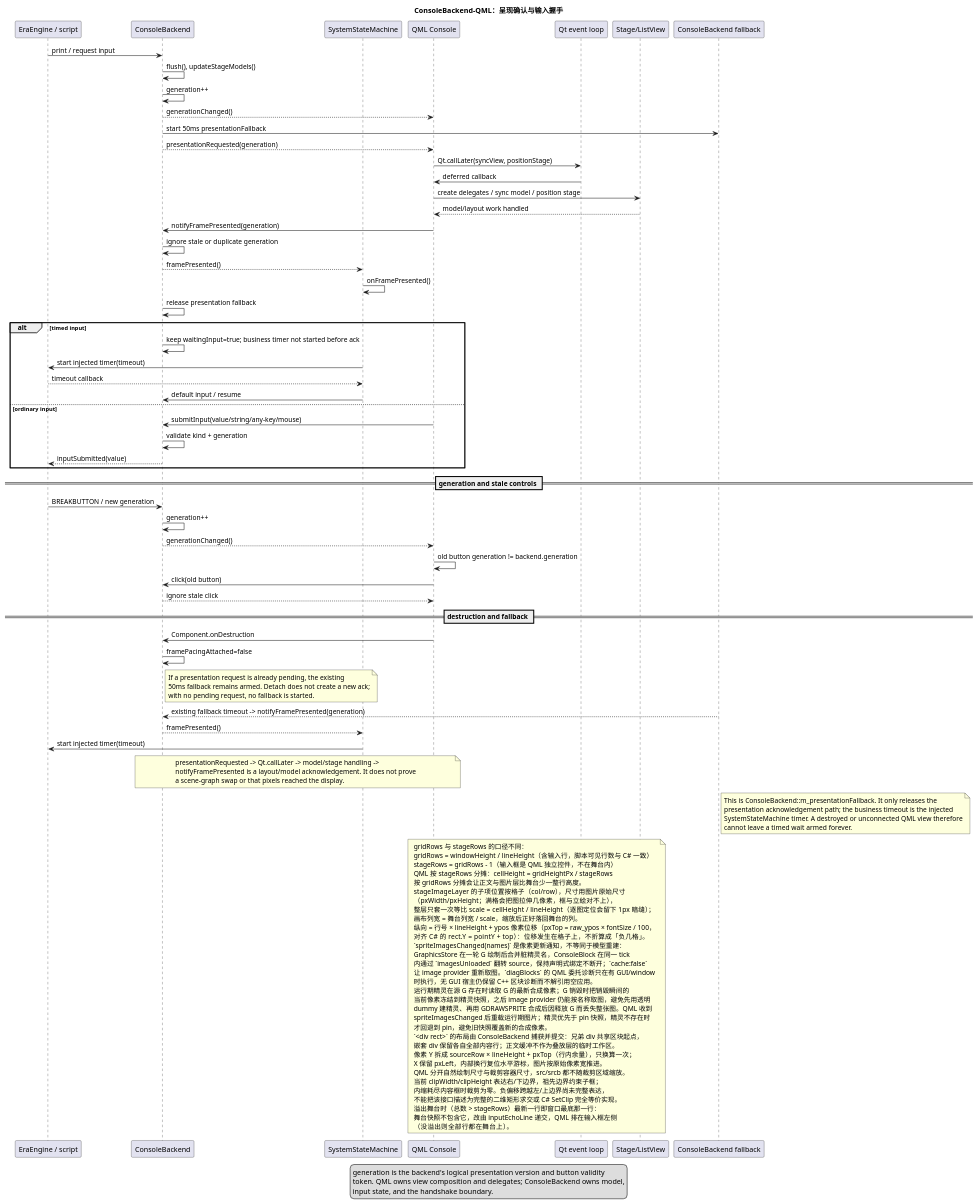
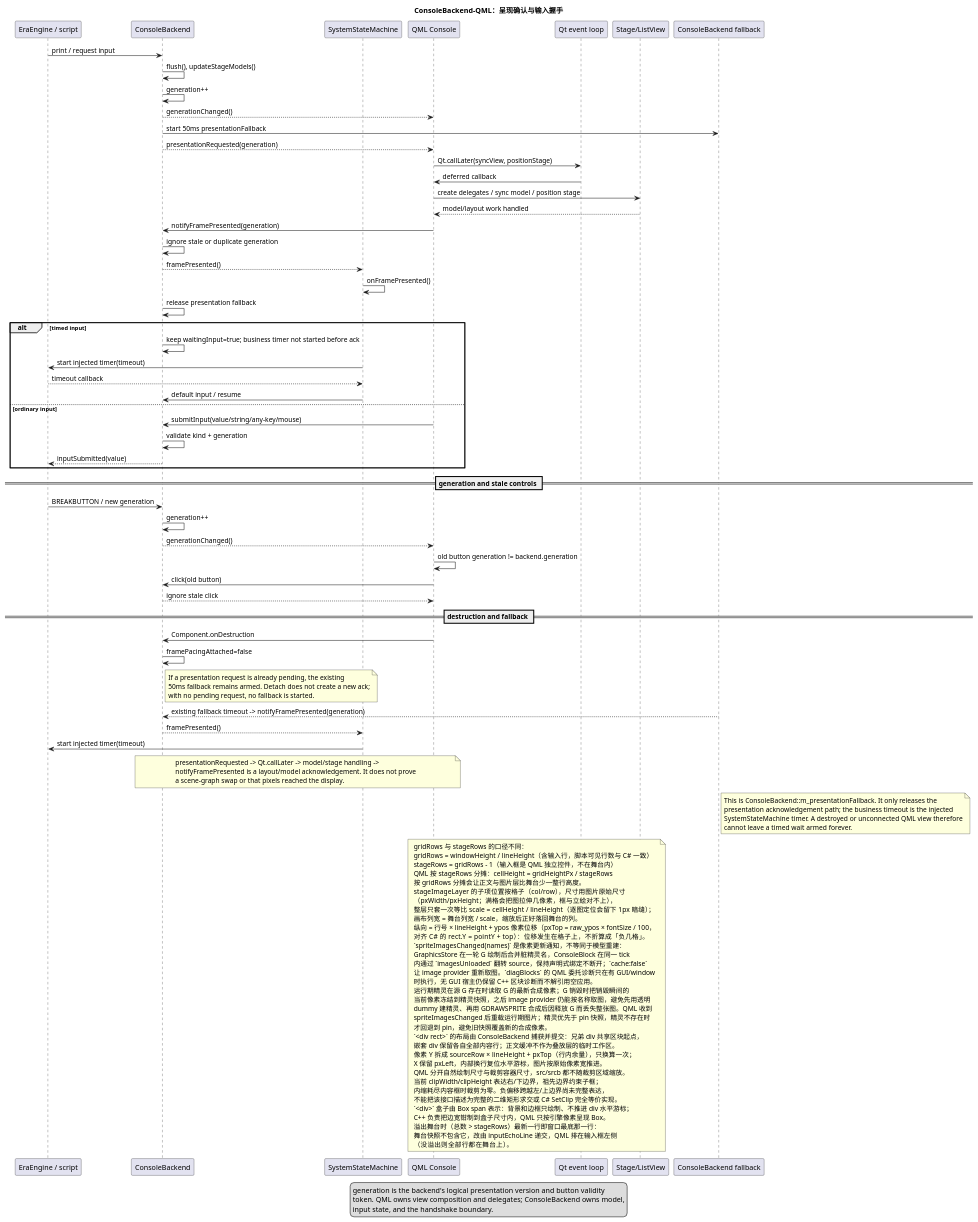
The diagram in docs/uml/15-console-qml-handshake.puml (yigekuyou/qt-eraemu), drawn with PlantUML before and after one commit. The commit also changed 3 other files, not shown here.

```diff
--- a/docs/uml/15-console-qml-handshake.puml
+++ b/docs/uml/15-console-qml-handshake.puml
@@ -1,117 +1,119 @@
 @startuml 15-console-qml-handshake
 !pragma layout smetana
 ' ConsoleBackend 与 QML 的 presentation/input 握手。
 ' 来源：GameView/console_backend.h/.cpp, qml/Console.qml, qml/ConsoleBlock.qml
 
 title ConsoleBackend-QML：呈现确认与输入握手
 
 participant "EraEngine / script" as E
 participant "ConsoleBackend" as B
 participant "SystemStateMachine" as S
 participant "QML Console" as C
 participant "Qt event loop" as Qt
 participant "Stage/ListView" as V
 participant "ConsoleBackend fallback" as F
 
 E -> B : print / request input
 B -> B : flush(), updateStageModels()
 B -> B : generation++
 B --> C : generationChanged()
 B -> F : start 50ms presentationFallback
 B --> C : presentationRequested(generation)
 C -> Qt : Qt.callLater(syncView, positionStage)
 Qt -> C : deferred callback
 C -> V : create delegates / sync model / position stage
 V --> C : model/layout work handled
 C -> B : notifyFramePresented(generation)
 B -> B : ignore stale or duplicate generation
 B --> S : framePresented()
 S -> S : onFramePresented()
 B -> B : release presentation fallback
 
 alt timed input
   B -> B : keep waitingInput=true; business timer not started before ack
   S -> E : start injected timer(timeout)
   E --> S : timeout callback
   S -> B : default input / resume
 else ordinary input
   C -> B : submitInput(value/string/any-key/mouse)
   B -> B : validate kind + generation
   B --> E : inputSubmitted(value)
 end
 
 == generation and stale controls ==
 E -> B : BREAKBUTTON / new generation
 B -> B : generation++
 B --> C : generationChanged()
 C -> C : old button generation != backend.generation
 C -> B : click(old button)
 B --> C : ignore stale click
 
 == destruction and fallback ==
 C -> B : Component.onDestruction
 B -> B : framePacingAttached=false
 note right of B
   If a presentation request is already pending, the existing
   50ms fallback remains armed. Detach does not create a new ack;
   with no pending request, no fallback is started.
 end note
 F --> B : existing fallback timeout -> notifyFramePresented(generation)
 B --> S : framePresented()
 S -> E : start injected timer(timeout)
 
 note over B,C
   presentationRequested -> Qt.callLater -> model/stage handling ->
   notifyFramePresented is a layout/model acknowledgement. It does not prove
   a scene-graph swap or that pixels reached the display.
 end note
 
 note right of F
   This is ConsoleBackend::m_presentationFallback. It only releases the
   presentation acknowledgement path; the business timeout is the injected
   SystemStateMachine timer. A destroyed or unconnected QML view therefore
   cannot leave a timed wait armed forever.
 end note
 
 
 note over C,V
   gridRows 与 stageRows 的口径不同：
   gridRows  = windowHeight / lineHeight（含输入行，脚本可见行数与 C# 一致）
   stageRows = gridRows - 1（输入框是 QML 独立控件，不在舞台内）
   QML 按 stageRows 分摊：cellHeight = gridHeightPx / stageRows
   按 gridRows 分摊会让正文与图片层比舞台少一整行高度。
   stageImageLayer 的子项位置按格子（col/row），尺寸用图片原始尺寸
   （pxWidth/pxHeight；满格会把图拉伸几像素，框与立絵对不上），
   整层只套一次等比 scale = cellHeight / lineHeight（逐图定位会留下 1px 暗缝）；
   画布列宽 = 舞台列宽 / scale，缩放后正好落回舞台的列。
   纵向 = 行号 × lineHeight + ypos 像素位移（pxTop = raw_ypos × fontSize / 100，
   对齐 C# 的 rect.Y = pointY + top）：位移发生在格子上，不折算成「负几格」。
   `spriteImagesChanged(names)` 是像素更新通知，不等同于模型重建：
   GraphicsStore 在一轮 G 绘制后合并脏精灵名，ConsoleBlock 在同一 tick
   内通过 `imagesUnloaded` 翻转 source，保持声明式绑定不断开；`cache:false`
   让 image provider 重新取图。`diagBlocks` 的 QML 委托诊断只在有 GUI/window
   时执行，无 GUI 宿主仍保留 C++ 区块诊断而不解引用空应用。
   运行期精灵在源 G 存在时读取 G 的最新合成像素；G 销毁时把销毁瞬间的
   当前像素冻结到精灵快照，之后 image provider 仍能按名称取图，避免先用透明
   dummy 建精灵、再用 GDRAWSPRITE 合成后因释放 G 而丢失整张图。QML 收到
   spriteImagesChanged 后重载运行期图片；精灵优先于 pin 快照，精灵不存在时
   才回退到 pin，避免旧快照覆盖新的合成像素。
   `<div rect>` 的布局由 ConsoleBackend 捕获并提交：兄弟 div 共享区块起点，
   嵌套 div 保留各自全部内容行；正文缓冲不作为叠放层的临时工作区。
   像素 Y 拆成 sourceRow × lineHeight + pxTop（行内余量），只换算一次；
   X 保留 pxLeft，内部换行复位水平游标，图片按原始像素宽推进。
   QML 分开自然绘制尺寸与裁剪容器尺寸，src/srcb 都不随裁剪区域缩放。
   当前 clipWidth/clipHeight 表达右/下边界，祖先边界约束子框；
   内缩耗尽内容框时裁剪为零。负偏移跨越左/上边界尚未完整表达，
   不能把该接口描述为完整的二维矩形求交或 C# SetClip 完全等价实现。
+  `<div>` 盒子由 Box span 表示：背景和边框只绘制、不推进 div 水平游标；
+  C++ 负责把边宽钳制到盒子尺寸内，QML 只按引擎像素呈现 Box。
   溢出舞台时（总数 > stageRows）最新一行即窗口最底那一行：
   舞台快照不包含它，改由 inputEchoLine 递交，QML 排在输入框左侧
   （没溢出则全部行都在舞台上）。
 end note
 
 legend bottom
   generation is the backend's logical presentation version and button validity
   token. QML owns view composition and delegates; ConsoleBackend owns model,
   input state, and the handshake boundary.
 endlegend
 @enduml
```
